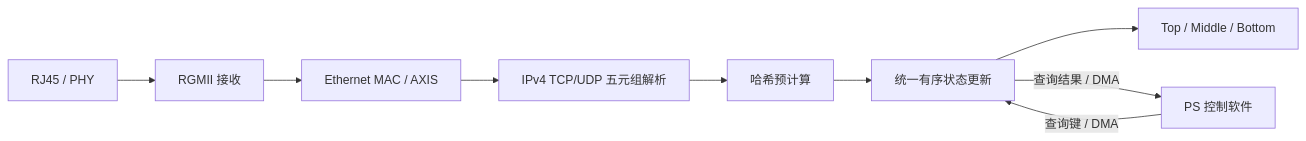
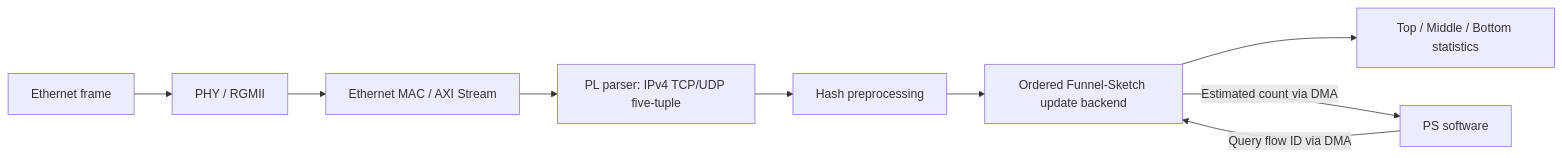
The diagram in docs/SYSTEM_ARCHITECTURE.md (2w69vgrp97-afk/F21C-FPGA-Network-Traffic), drawn with Mermaid before and after one commit. The commit also changed other lines of this file, not shown here.

Commit message:
Restore original pre-edit documentation: docs/SYSTEM_ARCHITECTURE.md

````diff
--- a/docs/SYSTEM_ARCHITECTURE.md
+++ b/docs/SYSTEM_ARCHITECTURE.md
@@ -9,11 +14,11 @@
 ```mermaid
 flowchart LR
-    A[RJ45 / PHY] --> B[RGMII 接收]
-    B --> C[Ethernet MAC / AXIS]
-    C --> D[IPv4 TCP/UDP 五元组解析]
-    D --> E[哈希预计算]
-    E --> F[统一有序状态更新]
-    F --> G[Top / Middle / Bottom]
-    H[PS 控制软件] -->|查询键 / DMA| F
-    F -->|查询结果 / DMA| H
+    A[Ethernet frame] --> B[PHY / RGMII]
+    B --> C[Ethernet MAC / AXI Stream]
+    C --> D[PL parser: IPv4 TCP/UDP five-tuple]
+    D --> E[Hash preprocessing]
+    E --> F[Ordered Funnel-Sketch update backend]
+    F --> G[Top / Middle / Bottom statistics]
+    H[PS software] -->|Query flow ID via DMA| F
+    F -->|Estimated count via DMA| H
 ```
````
